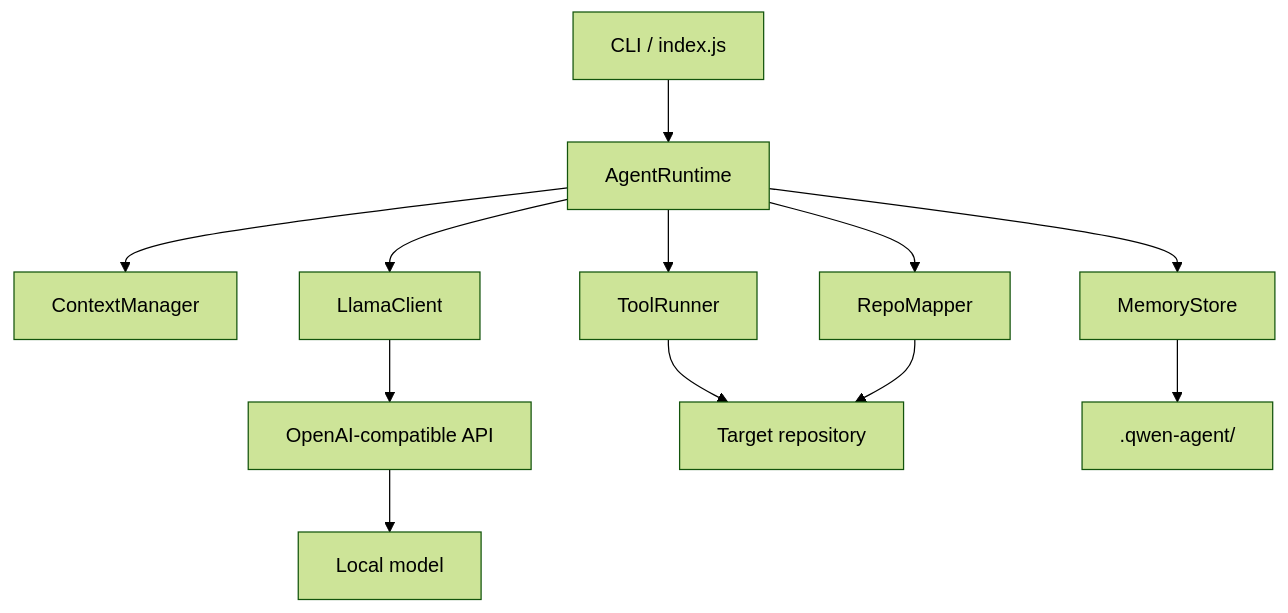
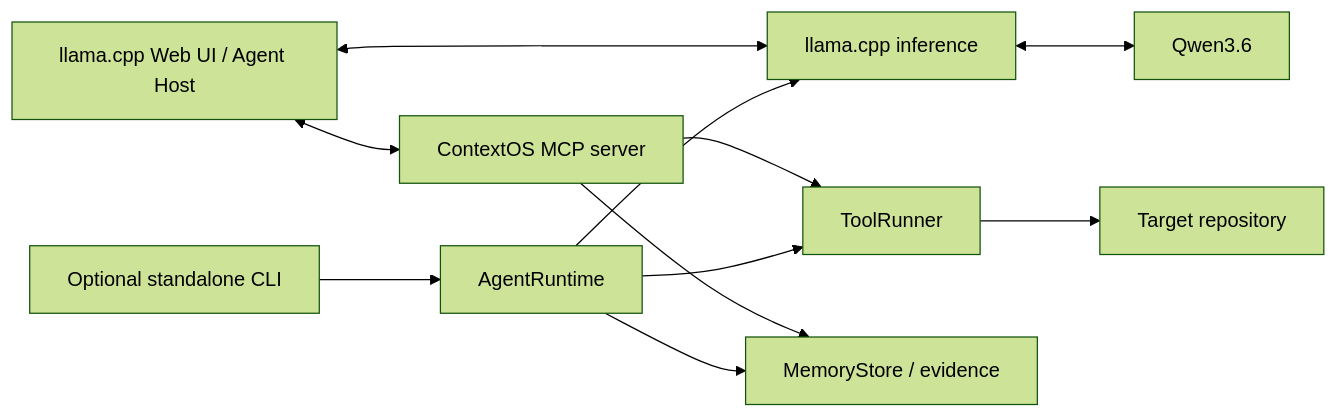
Before and after one commit to HayronHgh/context-os: the second of 3 diagrams in docs/ARCHITECTURE.md, drawn with Mermaid (forest theme). The commit also changed other lines of this file and 53 other files, not shown here.

Commit message:
feat(bridge): add bounded host context integration

````diff
--- a/docs/ARCHITECTURE.md
+++ b/docs/ARCHITECTURE.md
@@ -47,14 +47,13 @@
 ```mermaid
-flowchart TD
-    CLI["CLI / index.js"] --> AR["AgentRuntime"]
-    AR --> CM["ContextManager"]
-    AR --> TR["ToolRunner"]
-    AR --> MS["MemoryStore"]
-    AR --> RM["RepoMapper"]
-    AR --> LC["LlamaClient"]
-    LC --> API["OpenAI-compatible API"]
-    API --> MODEL["Local model"]
+flowchart LR
+    HOST["llama.cpp Web UI / Agent Host"] <--> INF["llama.cpp inference"]
+    INF <--> MODEL["Qwen3.6"]
+    HOST <--> MCP["ContextOS MCP server"]
+    MCP --> TR["ToolRunner"]
+    MCP --> MS["MemoryStore / evidence"]
     TR --> REPO["Target repository"]
-    RM --> REPO
-    MS --> DISK[".qwen-agent/"]
+    CLI["Optional standalone CLI"] --> AR["AgentRuntime"]
+    AR --> INF
+    AR --> TR
+    AR --> MS
 ```
````
